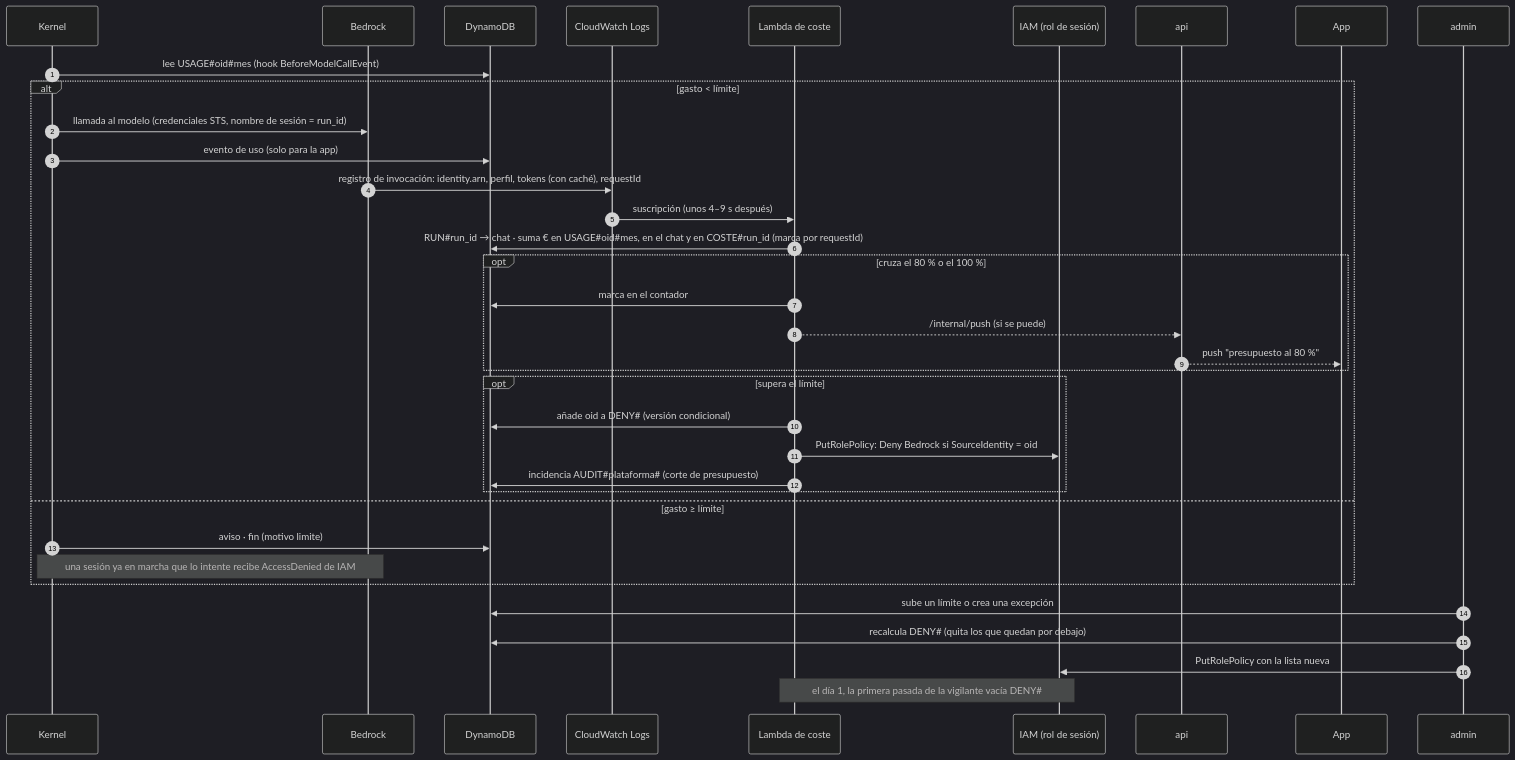
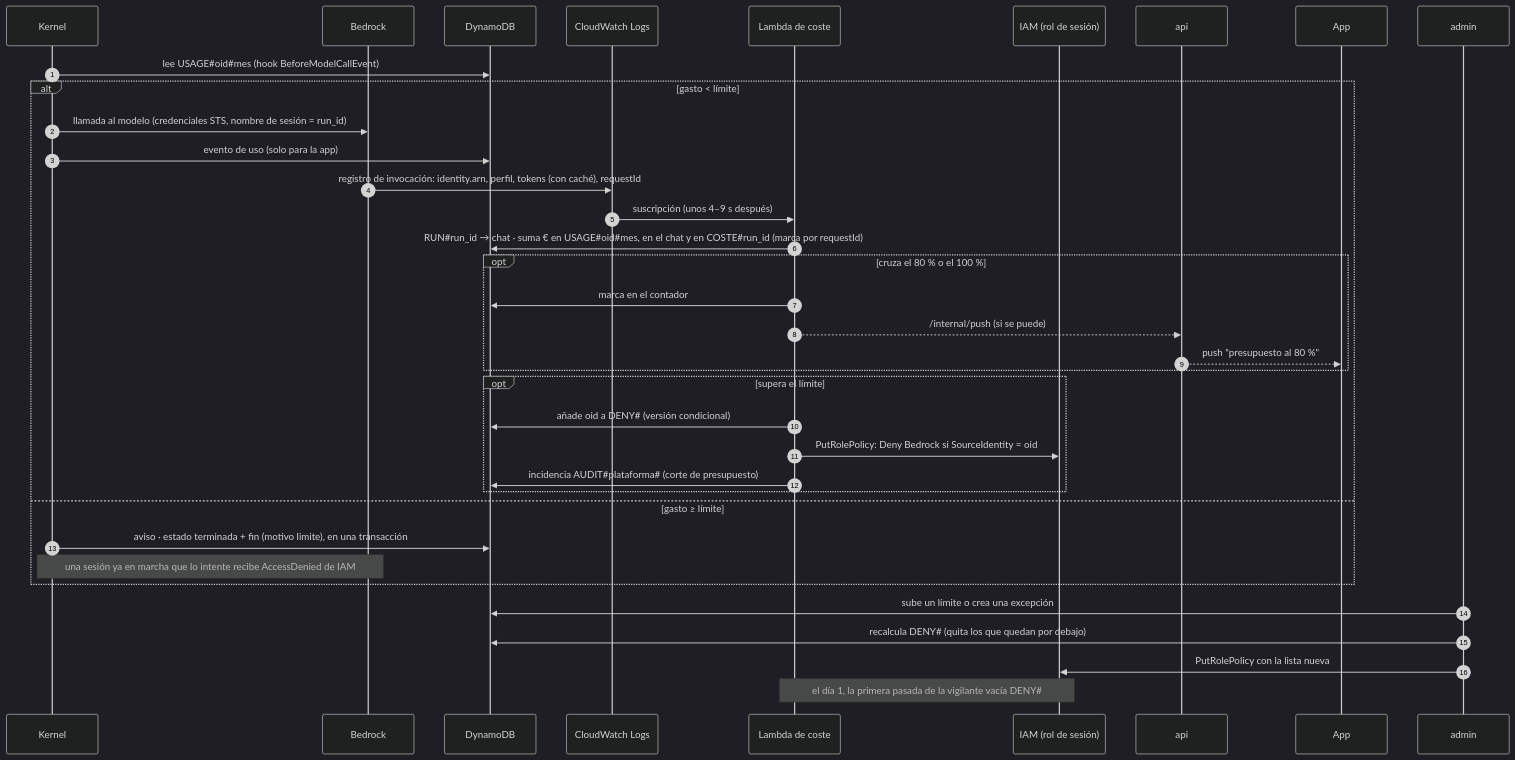
One commit to ikermendi/sample-agent-platform-with-agentcore changed the eighth of 10 diagrams in docs/arquitectura-agentes.md. Above: the diagram before and after it, drawn with Mermaid (dark theme). The commit also changed other lines of this file and 2 other files, not shown here.

````diff
--- a/docs/arquitectura-agentes.md
+++ b/docs/arquitectura-agentes.md
@@ -1060,39 +1083,39 @@
 ```mermaid
 sequenceDiagram
   autonumber
   participant K as Kernel
   participant B as Bedrock
   participant D as DynamoDB
   participant CW as CloudWatch Logs
   participant C as Lambda de coste
   participant IAM as IAM (rol de sesión)
   participant API as api
   participant App as App
   participant A as admin
 
   K->>D: lee USAGE#35;oid#35;mes (hook BeforeModelCallEvent)
   alt gasto < límite
     K->>B: llamada al modelo (credenciales STS, nombre de sesión = run_id)
     K->>D: evento de uso (solo para la app)
     B->>CW: registro de invocación: identity.arn, perfil, tokens (con caché), requestId
     CW->>C: suscripción (unos 4–9 s después)
     C->>D: RUN#35;run_id → chat · suma € en USAGE#35;oid#35;mes, en el chat y en COSTE#35;run_id (marca por requestId)
     opt cruza el 80 % o el 100 %
       C->>D: marca en el contador
       C-->>API: /internal/push (si se puede)
       API-->>App: push "presupuesto al 80 %"
     end
     opt supera el límite
       C->>D: añade oid a DENY#35; (versión condicional)
       C->>IAM: PutRolePolicy: Deny Bedrock si SourceIdentity = oid
       C->>D: incidencia AUDIT#35;plataforma#35; (corte de presupuesto)
     end
   else gasto ≥ límite
-    K->>D: aviso · fin (motivo limite)
+    K->>D: aviso · estado terminada + fin (motivo limite), en una transacción
     Note over K,B: una sesión ya en marcha que lo intente recibe AccessDenied de IAM
   end
   A->>D: sube un límite o crea una excepción
   A->>D: recalcula DENY#35; (quita los que quedan por debajo)
   A->>IAM: PutRolePolicy con la lista nueva
   Note over C,IAM: el día 1, la primera pasada de la vigilante vacía DENY#35;
 ```
````
